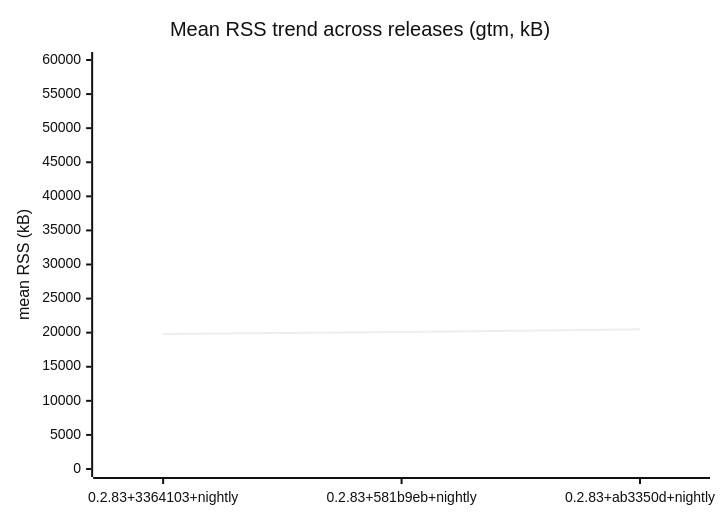
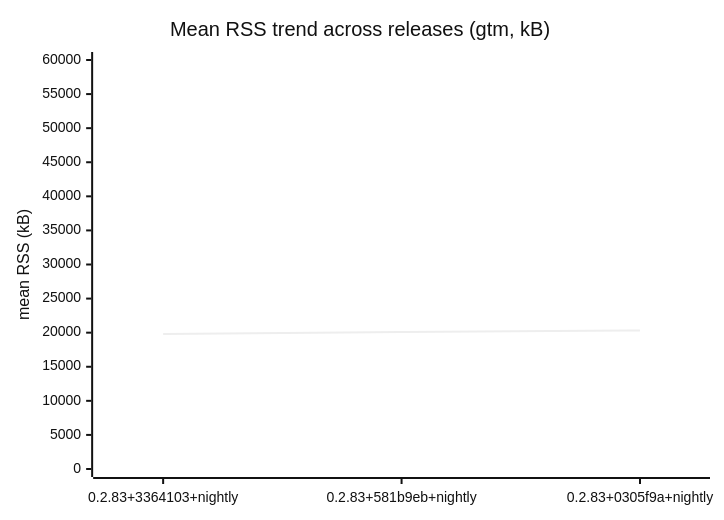
The second of 3 diagrams in BENCHMARK.md (prjctimg/gtm.rs), drawn with Mermaid (neutral theme) before and after one commit. The commit also changed other lines of this file and 1 other file, not shown here.

Commit message:
bench: results for 0.2.83+0305f9a+nightly [skip nightly]

````diff
--- a/BENCHMARK.md
+++ b/BENCHMARK.md
@@ -37,7 +37,7 @@
 ```mermaid
 xychart-beta
   title "Mean RSS trend across releases (gtm, kB)"
-  x-axis [0.2.83+3364103+nightly, 0.2.83+581b9eb+nightly, 0.2.83+ab3350d+nightly]
+  x-axis [0.2.83+3364103+nightly, 0.2.83+581b9eb+nightly, 0.2.83+0305f9a+nightly]
   y-axis "mean RSS (kB)" 0 --> 60000
-  line [19817,20097,20489]
+  line [19817,20097,20333]
 ```
````
